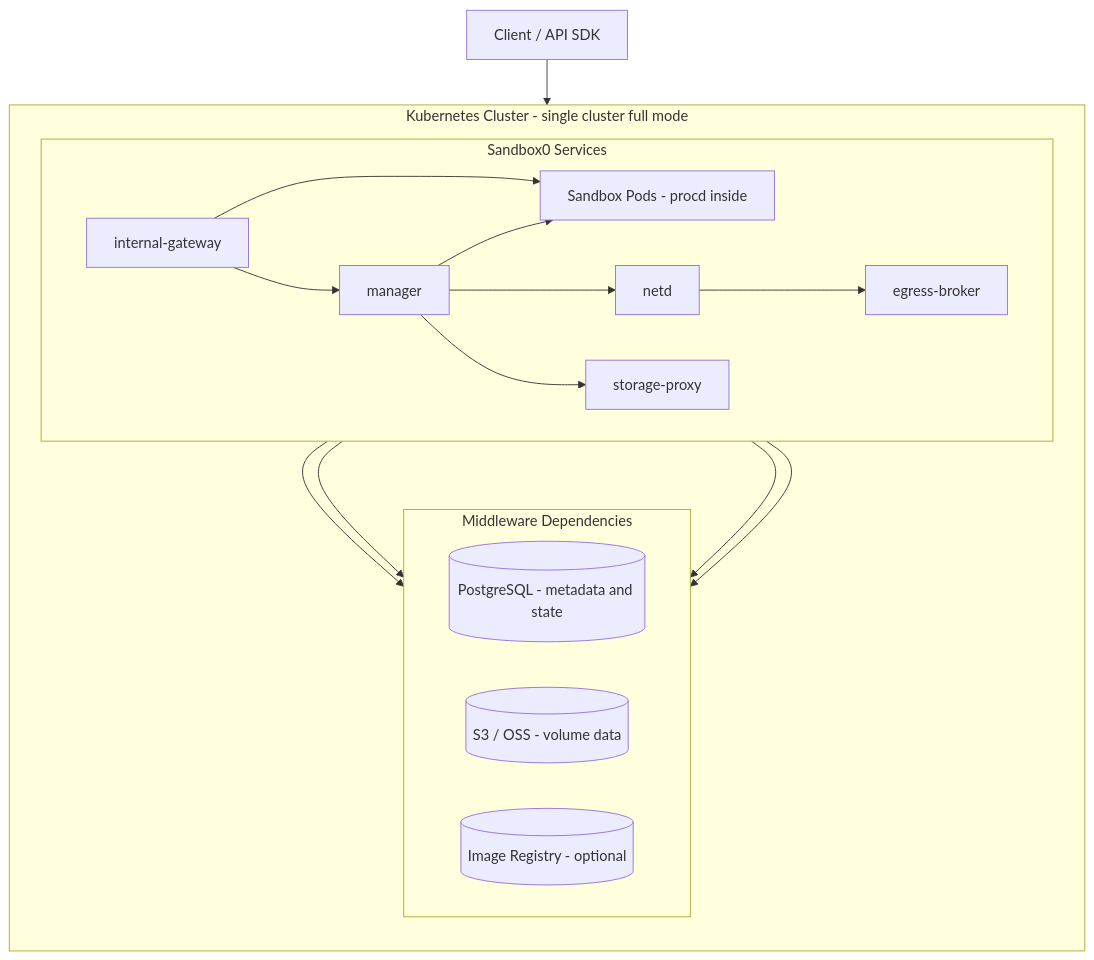
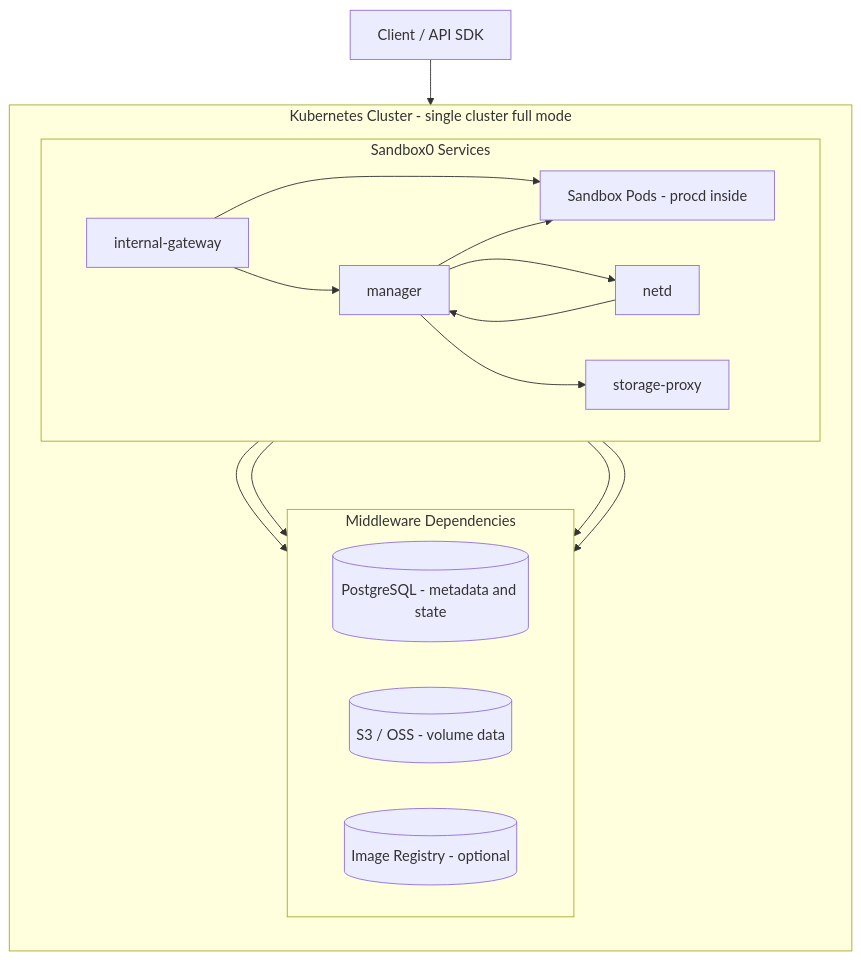
Before and after one commit to sandbox0-ai/sandbox0: the diagram in skills/sandbox0/references/docs-src/self-hosted/page.mdx, drawn with Mermaid. The commit also changed other lines of this file and 2 other files, not shown here.

Commit message:
Update skills docs for manager egress auth

````diff
--- a/skills/sandbox0/references/docs-src/self-hosted/page.mdx
+++ b/skills/sandbox0/references/docs-src/self-hosted/page.mdx
@@ -30,30 +30,30 @@
 ```mermaid
 flowchart TD
     client[Client / API SDK] --> igw[internal-gateway]
 
     subgraph cluster[Kubernetes Cluster - single cluster full mode]
         direction TB
 
         subgraph s0[Sandbox0 Services]
             direction LR
             igw --> mgr[manager]
             igw --> pods[Sandbox Pods - procd inside]
             mgr --> pods
             mgr --> netd[netd]
-            netd --> eb[egress-broker]
+            netd --> mgr
             mgr --> sp[storage-proxy]
         end
 
         subgraph mw[Middleware Dependencies]
             direction LR
             pg[(PostgreSQL - metadata and state)]
             s3[(S3 / OSS - volume data)]
             reg[(Image Registry - optional)]
         end
 
         igw --> pg
         sp --> pg
         sp --> s3
         mgr --> reg
     end
 ```
````
